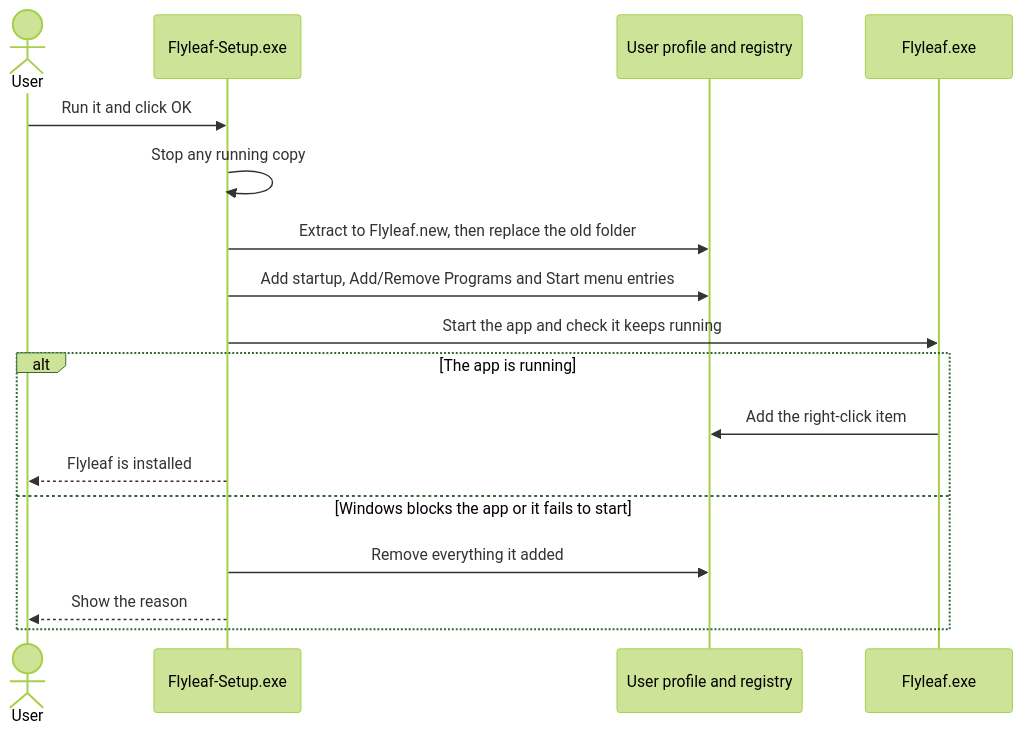
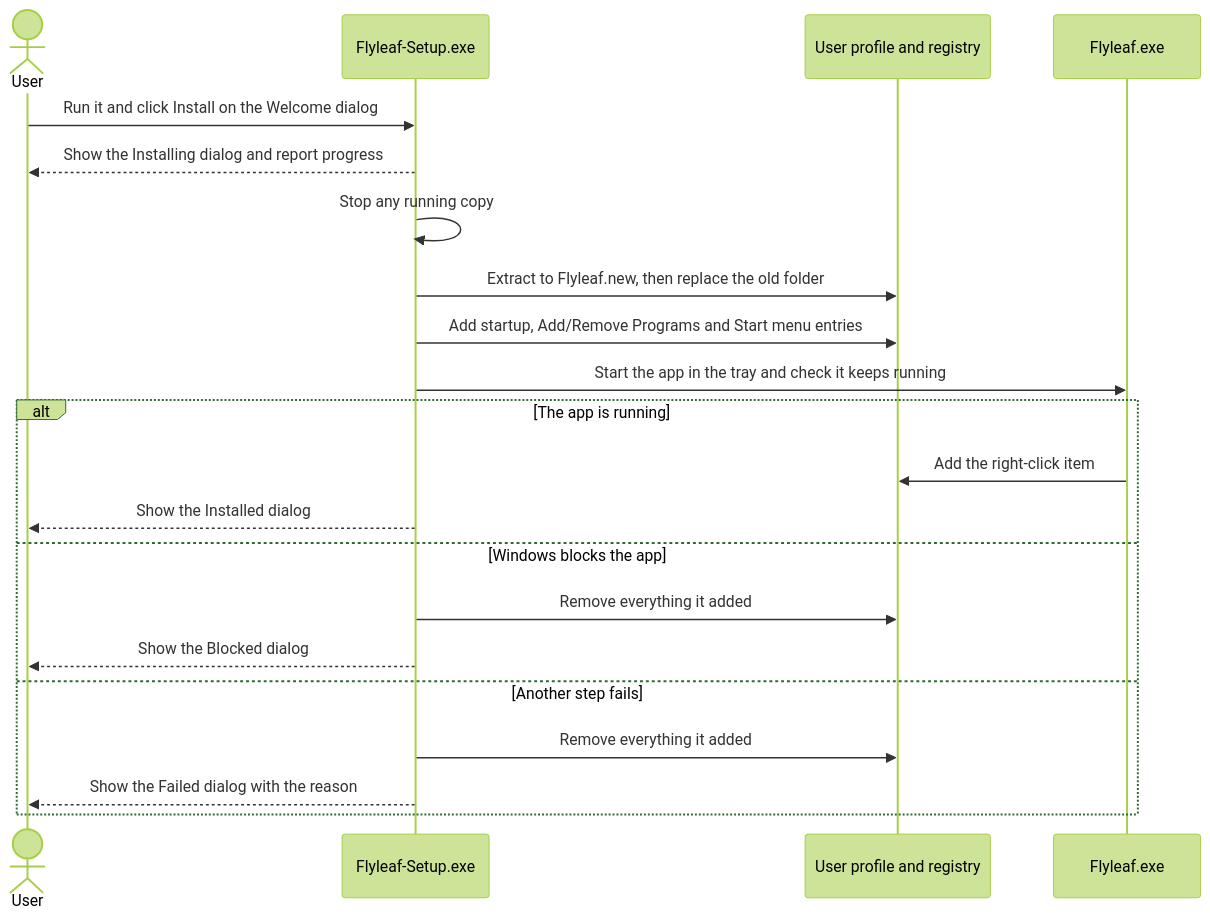
The eighth of 10 diagrams in Documentation/Technical-Documentation.md (rakeshnamadi/FlyLeaf), drawn with Mermaid (forest theme) before and after one commit. The commit also changed other lines of this file and 9 other files, not shown here.

First line of the commit message:
Build the designed install and uninstall dialogs into Setup

````diff
--- a/Documentation/Technical-Documentation.md
+++ b/Documentation/Technical-Documentation.md
@@ -280,20 +281,24 @@
 ```mermaid
 sequenceDiagram
     actor User
     participant Setup as Flyleaf-Setup.exe
     participant Profile as User profile and registry
     participant App as Flyleaf.exe
 
-    User->>Setup: Run it and click OK
+    User->>Setup: Run it and click Install on the Welcome dialog
+    Setup-->>User: Show the Installing dialog and report progress
     Setup->>Setup: Stop any running copy
     Setup->>Profile: Extract to Flyleaf.new, then replace the old folder
     Setup->>Profile: Add startup, Add/Remove Programs and Start menu entries
-    Setup->>App: Start the app and check it keeps running
+    Setup->>App: Start the app in the tray and check it keeps running
     alt The app is running
         App->>Profile: Add the right-click item
-        Setup-->>User: Flyleaf is installed
-    else Windows blocks the app or it fails to start
+        Setup-->>User: Show the Installed dialog
+    else Windows blocks the app
         Setup->>Profile: Remove everything it added
-        Setup-->>User: Show the reason
+        Setup-->>User: Show the Blocked dialog
+    else Another step fails
+        Setup->>Profile: Remove everything it added
+        Setup-->>User: Show the Failed dialog with the reason
     end
 ```
````
